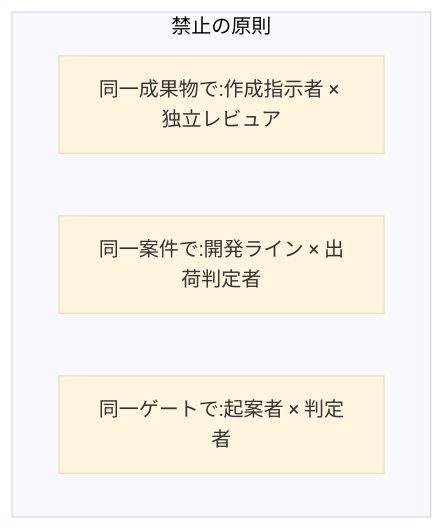
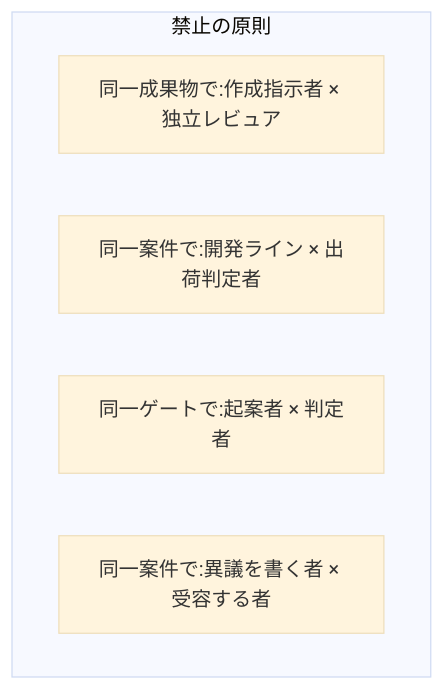
One commit to Takenori-Kusaka/process-compass changed the first of 5 diagrams in src/content/docs/phase4-process-design/roles-responsibilities.md. Above: the diagram before and after it, drawn with Mermaid (base theme). The commit also changed other lines of this file and 65 other files, not shown here.

````diff
--- a/src/content/docs/phase4-process-design/roles-responsibilities.md
+++ b/src/content/docs/phase4-process-design/roles-responsibilities.md
@@ -123,8 +195,9 @@
 ```mermaid
 graph TD
   subgraph 禁止の原則
     X1["同一成果物で:作成指示者 × 独立レビュア"]
     X2["同一案件で:開発ライン × 出荷判定者"]
     X3["同一ゲートで:起案者 × 判定者"]
+    X4["同一案件で:異議を書く者 × 受容する者"]
   end
 ```
````
